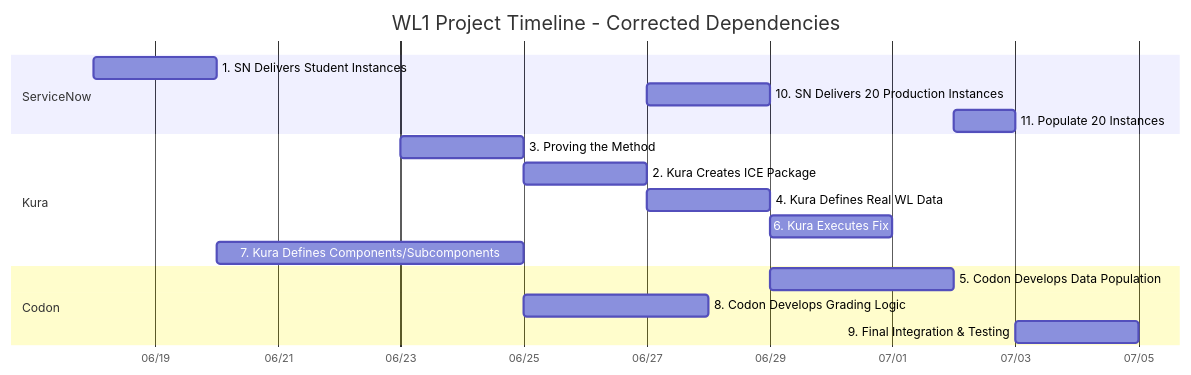
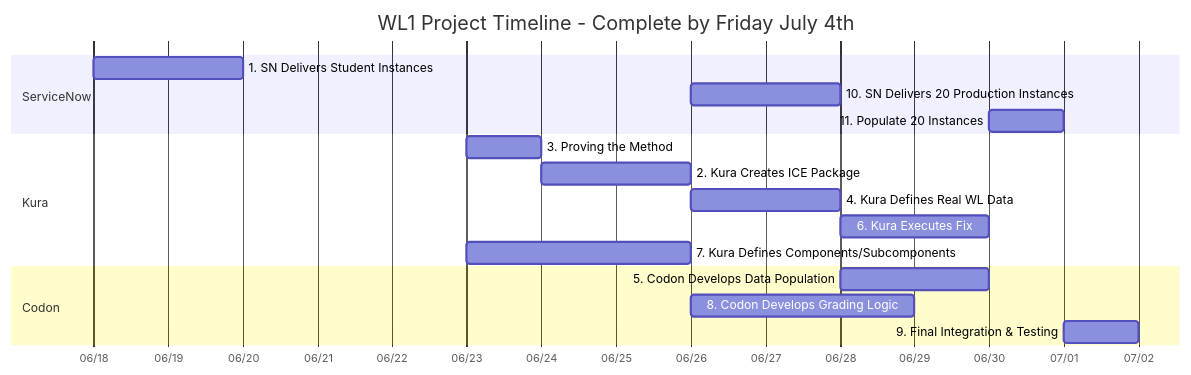
Before and after one commit to elmorenox/wl1_mermaid: the diagram in readme.md, drawn with Mermaid. The commit also changed other lines of this file, not shown here.

````diff
--- a/readme.md
+++ b/readme.md
@@ -5,23 +5,23 @@
 ```mermaid
 gantt
-    title WL1 Project Timeline - Corrected Dependencies
+    title WL1 Project Timeline - Complete by Friday July 4th
     dateFormat YYYY-MM-DD
     axisFormat %m/%d
     
     section ServiceNow
     1. SN Delivers Student Instances      :sn1, 2025-06-18, 2025-06-20
     10. SN Delivers 20 Production Instances :sn10, after k2, 2d
     11. Populate 20 Instances             :sn11, after c5, 1d
     
     section Kura
-    3. Proving the Method                 :k3, 2025-06-23, 2025-06-25
+    3. Proving the Method                 :k3, 2025-06-23, 2025-06-24
     2. Kura Creates ICE Package           :k2, after k3, 2d
     4. Kura Defines Real WL Data          :k4, after k2, 2d
     6. Kura Executes Fix                  :k6, after k4, 2d
-    7. Kura Defines Components/Subcomponents :k7, 2025-06-20, 2025-06-25
+    7. Kura Defines Components/Subcomponents :k7, 2025-06-23, 2025-06-26
     
     section Codon
-    5. Codon Develops Data Population     :c5, after k4, 3d
+    5. Codon Develops Data Population     :c5, after k4, 2d
     8. Codon Develops Grading Logic       :c8, after k7, 3d
-    9. Final Integration & Testing        :c9, after sn11 c8 k6, 2d
+    9. Final Integration & Testing        :c9, after sn11 c8 k6, 1d
 ```
````
